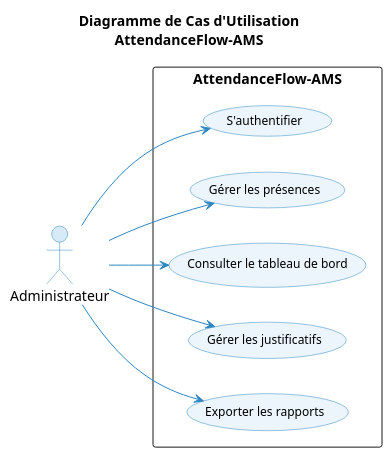
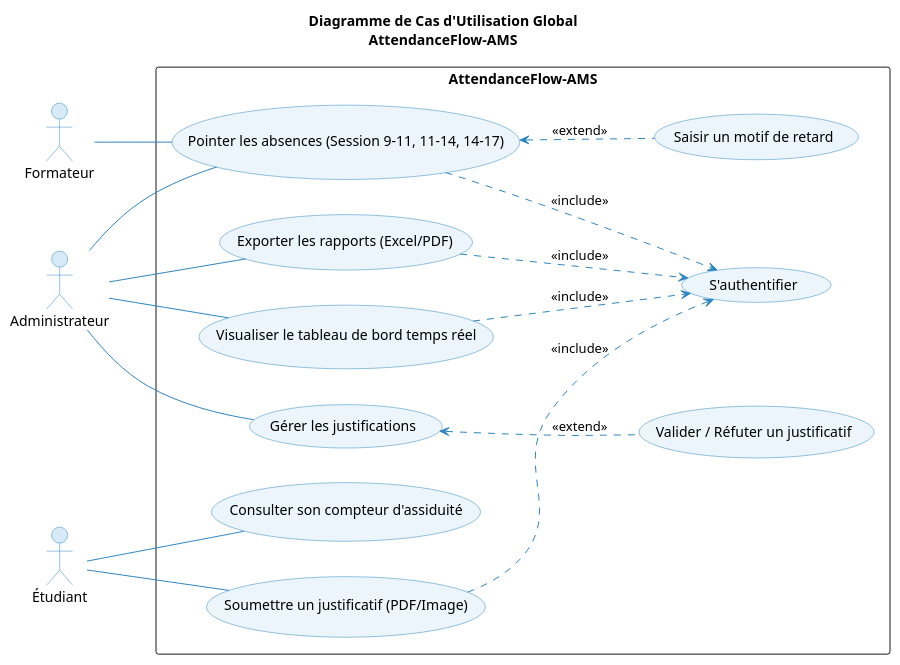
One commit to abdelhaymallouli/AttendanceFlow-AMS changed the diagram in Analyse/cas_utilisation/use_case.puml. Above: the diagram before and after it, drawn with PlantUML. The commit also changed 16 other files, not shown here.

Commit message:
docs: Add initial project analysis documentation, including global and sprint-specific use case diagrams, Design Thinking ideation, and functional branch details.

```diff
--- a/Analyse/cas_utilisation/use_case.puml
+++ b/Analyse/cas_utilisation/use_case.puml
@@ -1,34 +1,49 @@
 @startuml use_case_global
-title Diagramme de Cas d'Utilisation\nAttendanceFlow-AMS
+title Diagramme de Cas d'Utilisation Global\nAttendanceFlow-AMS
 
 left to right direction
 
 skinparam usecase {
   BackgroundColor #EBF5FB
   BorderColor #2E86C1
   ArrowColor #2E86C1
-  FontSize 12
 }
 skinparam actor {
   BorderColor #2E86C1
   BackgroundColor #D6EAF8
 }
-skinparam packageStyle rectangle
 
-actor "Administrateur" as admin
+actor "Administrateur" as Admin
+actor "Formateur" as Trainer
+actor "Étudiant" as Student
 
 rectangle "AttendanceFlow-AMS" {
   usecase "S'authentifier" as UC01
-  usecase "Gérer les présences" as UC02
-  usecase "Consulter le tableau de bord" as UC03
-  usecase "Gérer les justificatifs" as UC04
-  usecase "Exporter les rapports" as UC05
+  usecase "Pointer les absences (Session 9-11, 11-14, 14-17)" as UC02
+  usecase "Saisir un motif de retard" as UC02a
+  usecase "Visualiser le tableau de bord temps réel" as UC03
+  usecase "Soumettre un justificatif (PDF/Image)" as UC04
+  usecase "Gérer les justifications" as UC05
+  usecase "Valider / Réfuter un justificatif" as UC05a
+  usecase "Consulter son compteur d'assiduité" as UC06
+  usecase "Exporter les rapports (Excel/PDF)" as UC07
+
+  UC02 <.. UC02a : <<extend>>
+  UC05 <.. UC05a : <<extend>>
+  
+  UC02 ..> UC01 : <<include>>
+  UC03 ..> UC01 : <<include>>
+  UC04 ..> UC01 : <<include>>
+  UC07 ..> UC01 : <<include>>
 }
 
-admin --> UC01
-admin --> UC02
-admin --> UC03
-admin --> UC04
-admin --> UC05
+Trainer -- UC02
+Admin -- UC02
+Admin -- UC03
+Admin -- UC05
+Admin -- UC07
+
+Student -- UC04
+Student -- UC06
 
 @enduml
```
